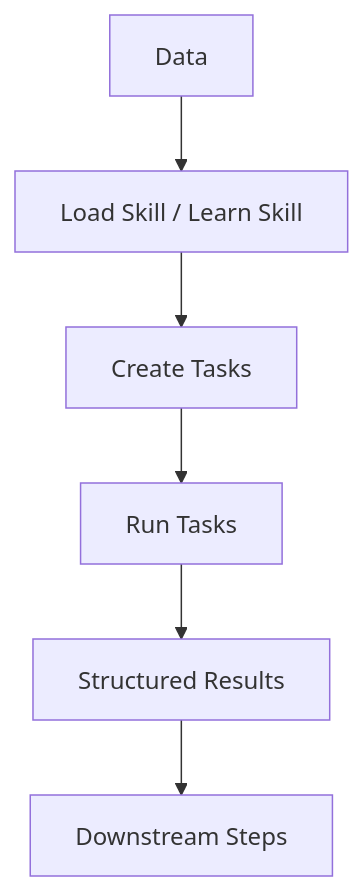
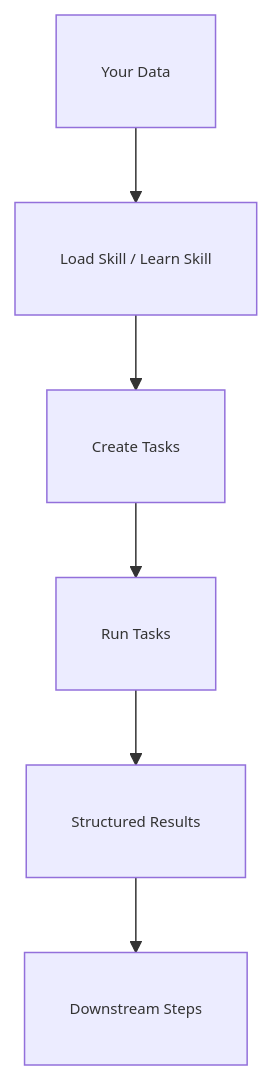
Before and after one commit to Pravko-Solutions/FlashLearn: the diagram in README.md, drawn with Mermaid.

````diff
--- a/README.md
+++ b/README.md
@@ -118,8 +19,12 @@
 ```mermaid
 flowchart TB
-    H[Data] --> I[Load Skill / Learn Skill]
+    classDef smallBox font-size:10px, padding:2px;
+
+    H[Your Data] --> I[Load Skill / Learn Skill]
     I --> J[Create Tasks]
     J --> K[Run Tasks]
     K --> L[Structured Results]
     L --> M[Downstream Steps]
+
+    class H,I,J,K,L,M smallBox;
 ```
````
